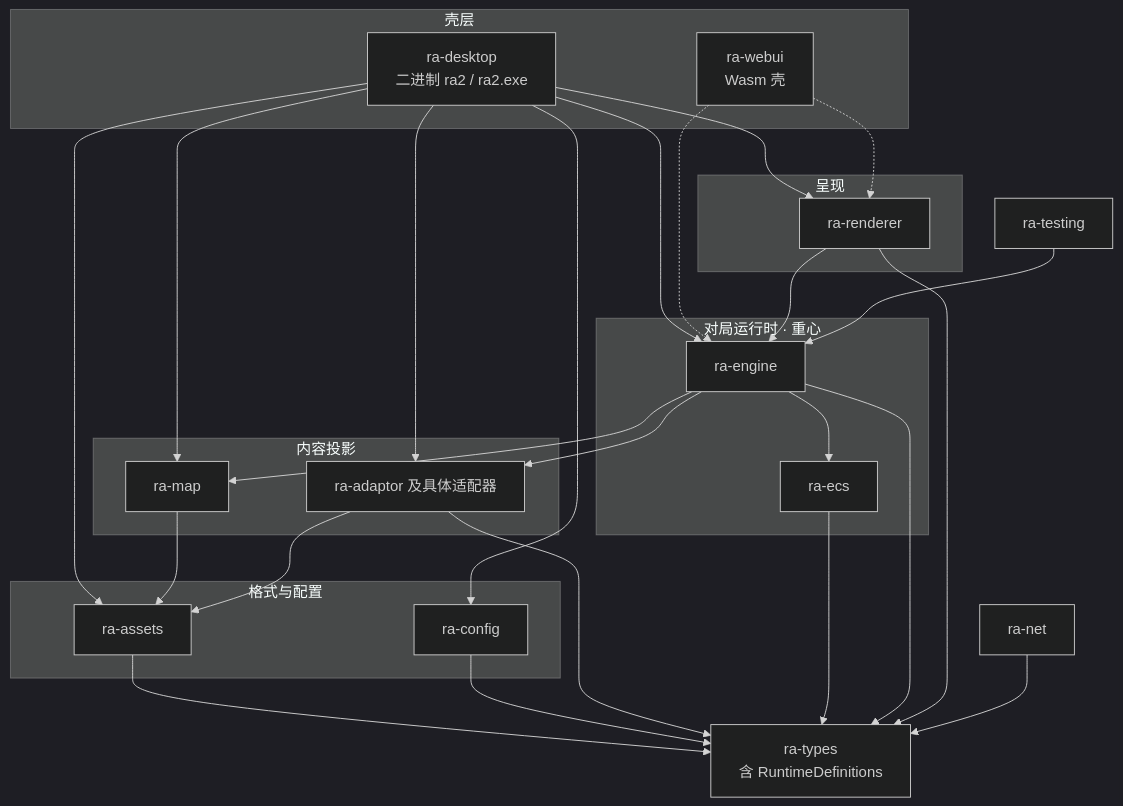
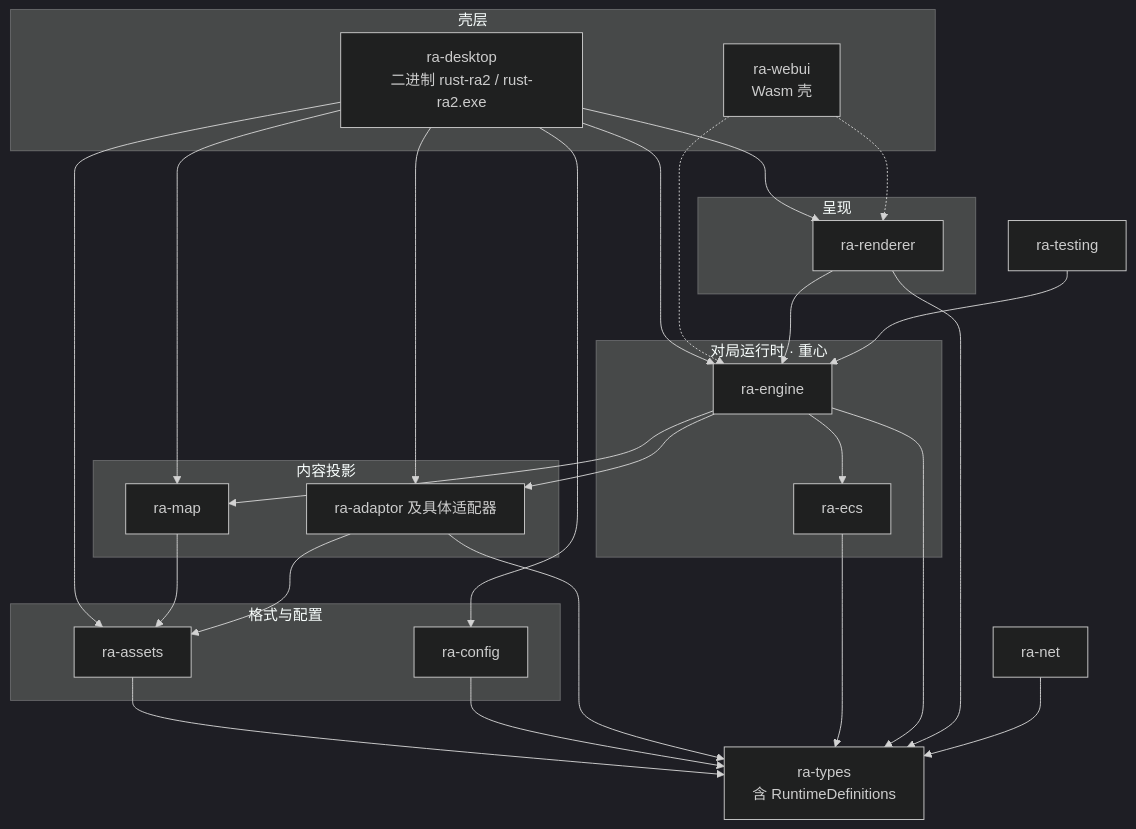
Before and after one commit to rust-alert/ra2.exe: the second of 3 diagrams in readme.md, drawn with Mermaid (dark theme). The commit also changed other lines of this file and 5 other files, not shown here.

````diff
--- a/readme.md
+++ b/readme.md
@@ -99,52 +101,52 @@
 ```mermaid
 flowchart TB
     subgraph shells["壳层"]
-        desktop["ra-desktop<br/>二进制 ra2 / ra2.exe"]
+        desktop["ra-desktop<br/>二进制 rust-ra2 / rust-ra2.exe"]
         webui["ra-webui<br/>Wasm 壳"]
     end
 
     subgraph present["呈现"]
         renderer["ra-renderer"]
     end
 
     subgraph runtime["对局运行时 · 重心"]
         engine["ra-engine"]
         ecs["ra-ecs"]
     end
 
     subgraph content["内容投影"]
         map["ra-map"]
         adaptor["ra-adaptor 及具体适配器"]
     end
 
     subgraph formats["格式与配置"]
         assets["ra-assets"]
         config["ra-config"]
     end
 
     types["ra-types<br/>含 RuntimeDefinitions"]
     net["ra-net"]
     testing["ra-testing"]
     desktop --> config
     desktop --> renderer
     desktop --> engine
     desktop --> map
     desktop --> assets
     desktop --> adaptor
     webui -.-> renderer
     webui -.-> engine
     renderer --> engine
     engine --> ecs
     engine --> map
     engine --> adaptor
     map --> assets
     adaptor --> assets
     assets --> types
     config --> types
     adaptor --> types
     ecs --> types
     engine --> types
     renderer --> types
     net --> types
     testing --> engine
 ```
````
